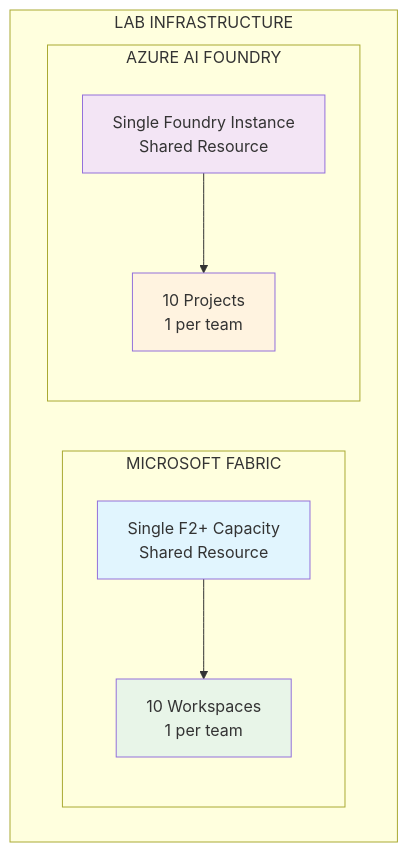
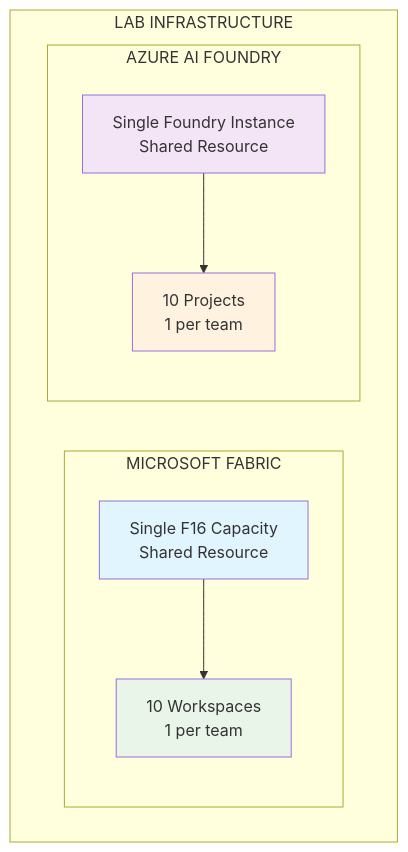
One commit to jomedinagomez/fabric-aifoundry-insurance-lab changed the first of 6 diagrams in architecture-diagram.md. Above: the diagram before and after it, drawn with Mermaid. The commit also changed other lines of this file and 12 other files, not shown here.

````diff
--- a/architecture-diagram.md
+++ b/architecture-diagram.md
@@ -5,19 +5,19 @@
 ```mermaid
 graph TB
     subgraph "LAB INFRASTRUCTURE"
         subgraph "MICROSOFT FABRIC"
-            F2[Single F2+ Capacity<br/>Shared Resource]
+            F2[Single F16 Capacity<br/>Shared Resource]
             F2 --> WS[10 Workspaces<br/>1 per team]
         end
         
         subgraph "AZURE AI FOUNDRY"
             AF[Single Foundry Instance<br/>Shared Resource]
             AF --> PROJ[10 Projects<br/>1 per team]
         end
     end
     
     style F2 fill:#e1f5fe
     style AF fill:#f3e5f5
     style WS fill:#e8f5e8
     style PROJ fill:#fff3e0
 ```
````
